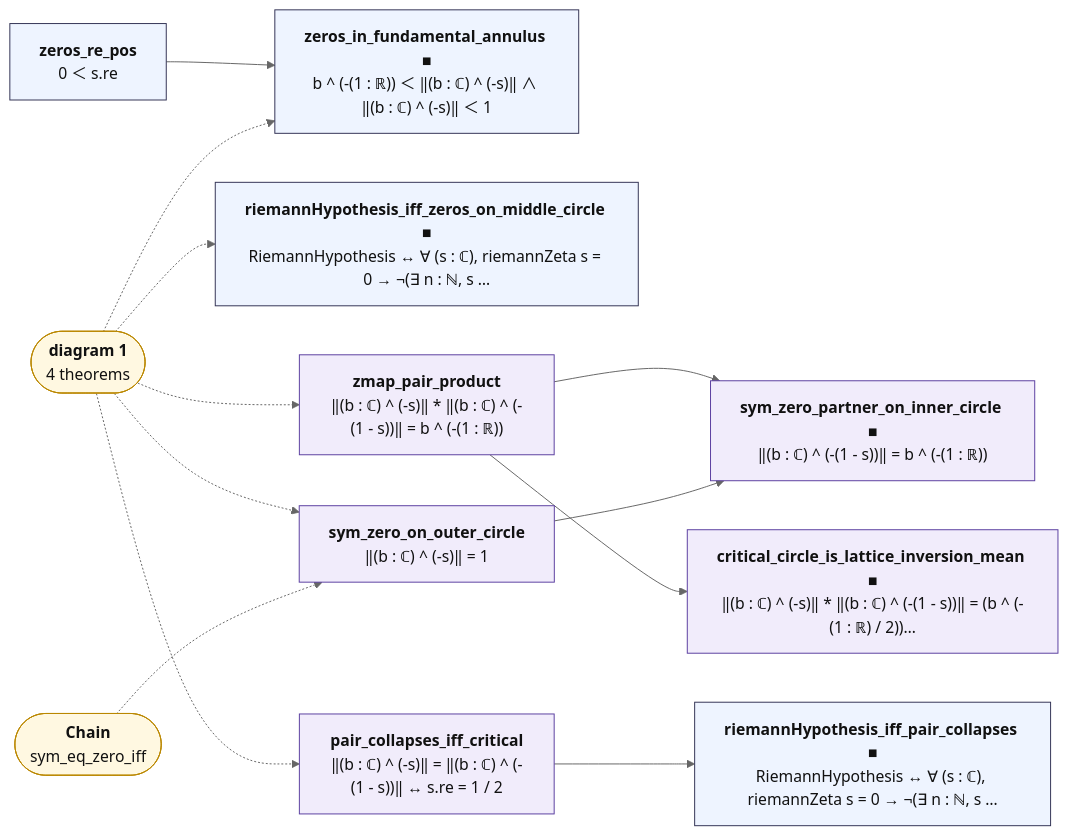
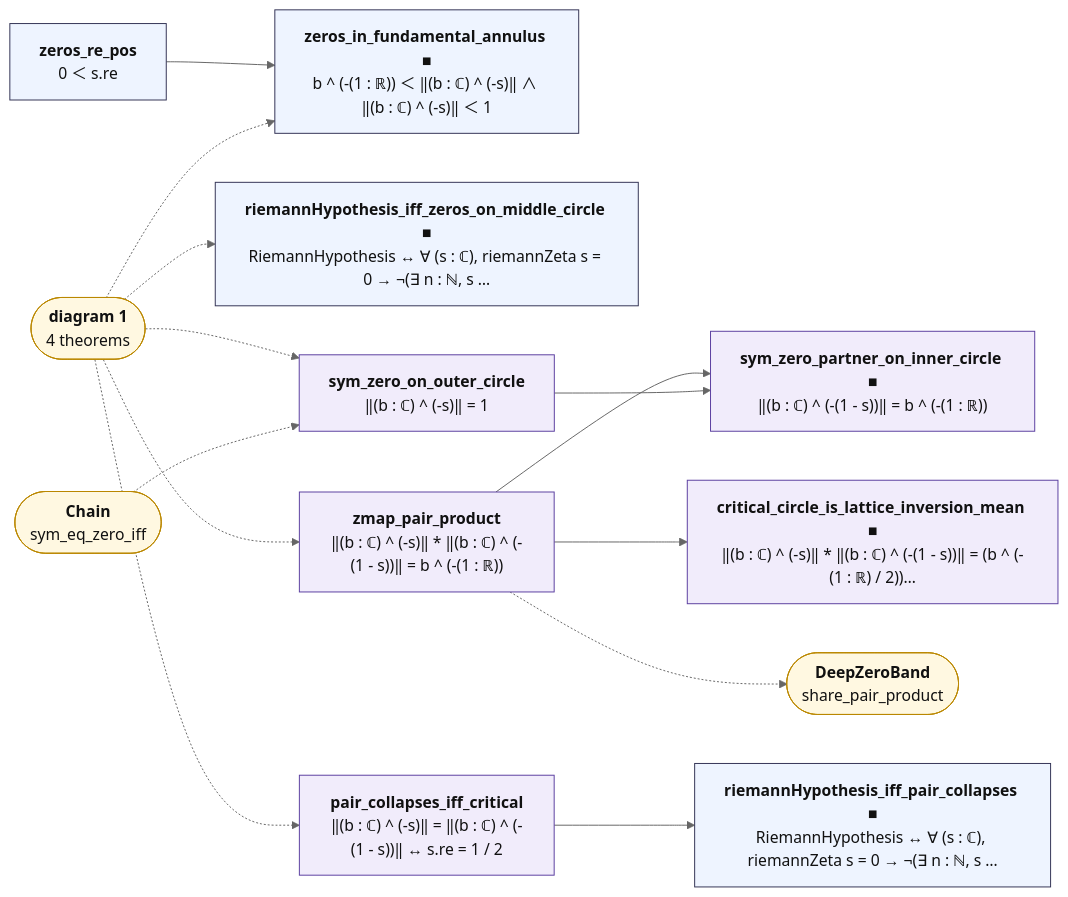
The diagram in map/lean/Transform.2.mmd (juliansambranojr/Primebeat_081426), drawn with Mermaid (neutral theme) before and after one commit. The commit also changed 20 other files, not shown here.

First line of the commit message:
Map refreshed from Lean after B1 (DeepZeroBand)

```diff
--- a/map/lean/Transform.2.mmd
+++ b/map/lean/Transform.2.mmd
@@ -1,31 +1,33 @@
 flowchart LR
   n0["<b>zeros_re_pos</b><br/>0 ＜ s.re"]:::thm
   n1["<b>zeros_in_fundamental_annulus ■</b><br/>b ^ (-(1 : ℝ)) ＜ ‖(b : ℂ) ^ (-s)‖ ∧ ‖(b : ℂ) ^ (-s)‖ ＜ 1"]:::thm
   n2["<b>riemannHypothesis_iff_zeros_on_middle_circle ■</b><br/>RiemannHypothesis ↔ ∀ (s : ℂ), riemannZeta s = 0 → ¬(∃ n : ℕ, s …"]:::thm
   n3["<b>zmap_pair_product</b><br/>‖(b : ℂ) ^ (-s)‖ * ‖(b : ℂ) ^ (-(1 - s))‖ = b ^ (-(1 : ℝ))"]:::shp
   n4["<b>pair_collapses_iff_critical</b><br/>‖(b : ℂ) ^ (-s)‖ = ‖(b : ℂ) ^ (-(1 - s))‖ ↔ s.re = 1 / 2"]:::shp
   n5["<b>riemannHypothesis_iff_pair_collapses ■</b><br/>RiemannHypothesis ↔ ∀ (s : ℂ), riemannZeta s = 0 → ¬(∃ n : ℕ, s …"]:::thm
   n6["<b>sym_zero_on_outer_circle</b><br/>‖(b : ℂ) ^ (-s)‖ = 1"]:::shp
   n7["<b>sym_zero_partner_on_inner_circle ■</b><br/>‖(b : ℂ) ^ (-(1 - s))‖ = b ^ (-(1 : ℝ))"]:::shp
   n8["<b>critical_circle_is_lattice_inversion_mean ■</b><br/>‖(b : ℂ) ^ (-s)‖ * ‖(b : ℂ) ^ (-(1 - s))‖ = (b ^ (-(1 : ℝ) / 2))…"]:::shp
   x0(["<b>diagram 1</b><br/>4 theorems"]):::ext
-  x1(["<b>Chain</b><br/>sym_eq_zero_iff"]):::ext
+  x1(["<b>DeepZeroBand</b><br/>share_pair_product"]):::ext
+  x2(["<b>Chain</b><br/>sym_eq_zero_iff"]):::ext
   n0 --> n1
   n3 --> n7
   n3 --> n8
   n4 --> n5
   n6 --> n7
+  n3 -.-> x1
   x0 -.-> n1
   x0 -.-> n2
   x0 -.-> n3
   x0 -.-> n4
   x0 -.-> n6
-  x1 -.-> n6
+  x2 -.-> n6
   classDef cnt fill:#dff5ec,stroke:#17694a,color:#111
   classDef shp fill:#f1ecfb,stroke:#5b3fa0,color:#111
   classDef rh fill:#ffe5e5,stroke:#c22,color:#111,stroke-width:2px
   classDef thm fill:#eef4ff,stroke:#335,color:#111
   classDef end_ fill:#e7f7e7,stroke:#2a7,color:#111,stroke-width:2px
   classDef lone fill:#fff,stroke:#999,color:#111,stroke-dasharray:4 3
   classDef bad fill:#ffe5e5,stroke:#c22,color:#111,stroke-width:2px
   classDef ext fill:#fff8e1,stroke:#b80,color:#111
```
